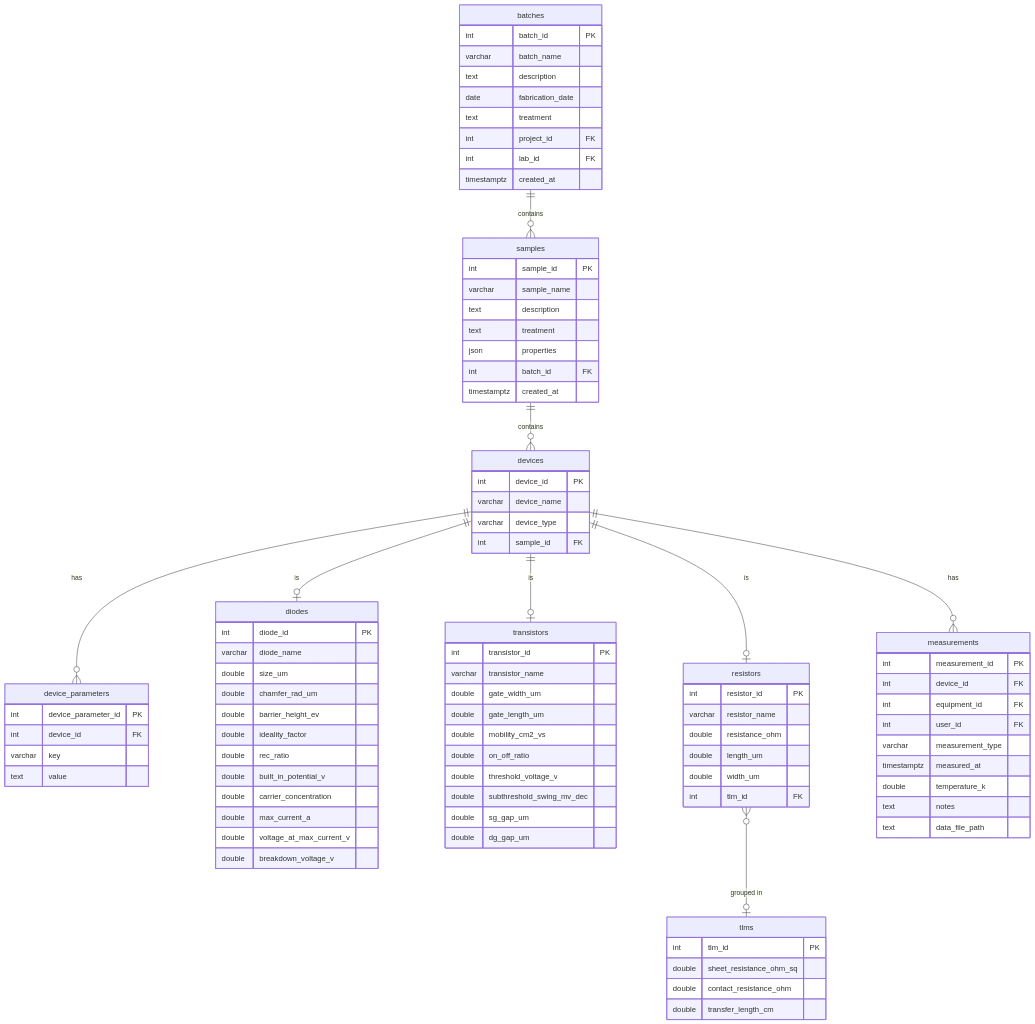
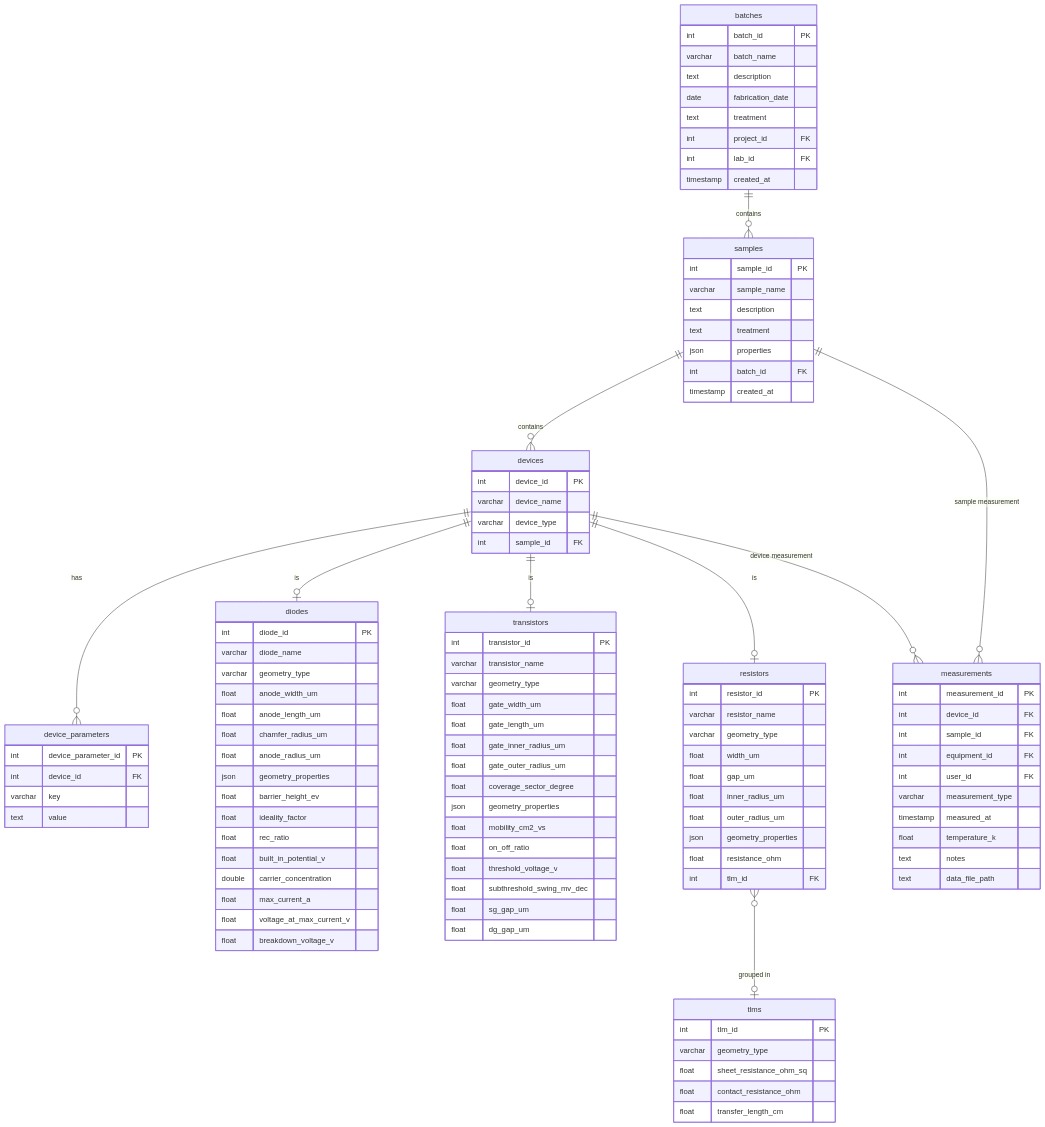
The second of 2 diagrams in docs/design/DatabaseSchema.md (GitTurtleDone/ExpeGraph), drawn with Mermaid before and after one commit. The commit also changed other lines of this file and 1 other file, not shown here.

````diff
--- a/docs/design/DatabaseSchema.md
+++ b/docs/design/DatabaseSchema.md
@@ -130,7 +135,7 @@
         text treatment
         int project_id FK
         int lab_id FK
-        timestamptz created_at
+        timestamp created_at
     }
 
     samples {
@@ -140,7 +145,7 @@
         text treatment
         json properties
         int batch_id FK
-        timestamptz created_at
+        timestamp created_at
     }
 
     devices {
@@ -160,55 +165,70 @@
     diodes {
         int diode_id PK
         varchar diode_name
-        double size_um
-        double chamfer_rad_um
-        double barrier_height_ev
-        double ideality_factor
-        double rec_ratio
-        double built_in_potential_v
+        varchar geometry_type
+        float anode_width_um
+        float anode_length_um
+        float chamfer_radius_um
+        float anode_radius_um
+        json geometry_properties
+        float barrier_height_ev
+        float ideality_factor
+        float rec_ratio
+        float built_in_potential_v
         double carrier_concentration
-        double max_current_a
-        double voltage_at_max_current_v
-        double breakdown_voltage_v
+        float max_current_a
+        float voltage_at_max_current_v
+        float breakdown_voltage_v
     }
 
     transistors {
         int transistor_id PK
         varchar transistor_name
-        double gate_width_um
-        double gate_length_um
-        double mobility_cm2_vs
-        double on_off_ratio
-        double threshold_voltage_v
-        double subthreshold_swing_mv_dec
-        double sg_gap_um
-        double dg_gap_um
+        varchar geometry_type
+        float gate_width_um
+        float gate_length_um
+        float gate_inner_radius_um
+        float gate_outer_radius_um
+        float coverage_sector_degree
+        json geometry_properties
+        float mobility_cm2_vs
+        float on_off_ratio
+        float threshold_voltage_v
+        float subthreshold_swing_mv_dec
+        float sg_gap_um
+        float dg_gap_um
     }
 
     tlms {
         int tlm_id PK
-        double sheet_resistance_ohm_sq
-        double contact_resistance_ohm
-        double transfer_length_cm
+        varchar geometry_type
+        float sheet_resistance_ohm_sq
+        float contact_resistance_ohm
+        float transfer_length_cm
     }
 
     resistors {
         int resistor_id PK
         varchar resistor_name
-        double resistance_ohm
-        double length_um
-        double width_um
+        varchar geometry_type
+        float width_um
+        float gap_um
+        float inner_radius_um
+        float outer_radius_um
+        json geometry_properties
+        float resistance_ohm
         int tlm_id FK
     }
 
     measurements {
         int measurement_id PK
         int device_id FK
+        int sample_id FK
         int equipment_id FK
         int user_id FK
         varchar measurement_type
-        timestamptz measured_at
-        double temperature_k
+        timestamp measured_at
+        float temperature_k
         text notes
         text data_file_path
     }
@@ -220,5 +240,6 @@
     devices ||--o| transistors : "is"
     devices ||--o| resistors : "is"
     resistors }o--o| tlms : "grouped in"
-    devices ||--o{ measurements : "has"
+    devices ||--o{ measurements : "device measurement"
+    samples ||--o{ measurements : "sample measurement"
 ```
````
